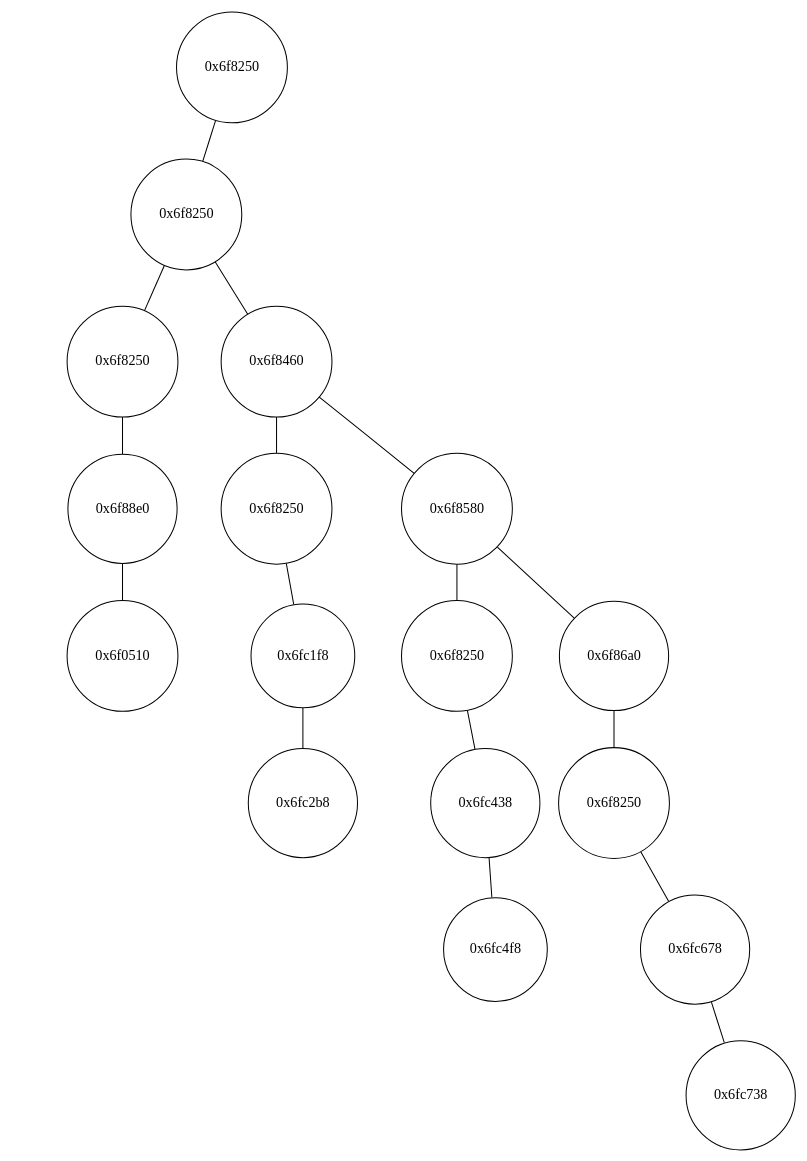
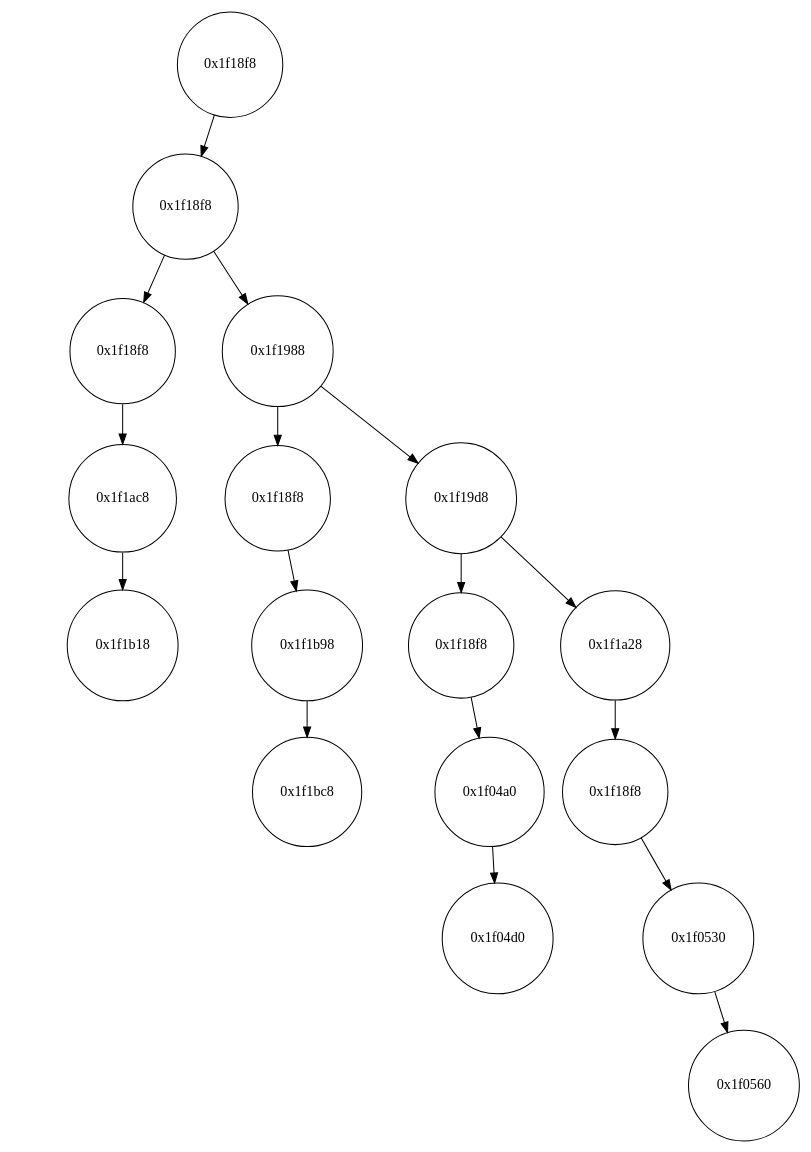
One commit to Time-Coder/Data_Structure changed the diagram in Tree/Tree/Figures/bintree.dot. Above: the diagram before and after it, drawn with Graphviz. The commit also changed 70 other files, not shown here.

```diff
--- a/Tree/Tree/Figures/bintree.dot
+++ b/Tree/Tree/Figures/bintree.dot
@@ -1,59 +1,57 @@
-graph BinTree
+digraph BinTree
 {
-	graph[ordering="out"];
+	0->1;
+	0->NULL2[style="invis"];
+	1->3;
+	1->4;
+	4->5;
+	4->6;
+	6->7;
+	6->8;
+	8->9;
+	8->NULL10[style="invis"];
+	9->NULL11[style="invis"];
+	9->12;
+	12->NULL13[style="invis"];
+	12->14;
+	7->NULL15[style="invis"];
+	7->16;
+	16->NULL17[style="invis"];
+	16->18;
+	5->NULL19[style="invis"];
+	5->20;
+	20->NULL21[style="invis"];
+	20->22;
+	3->NULL23[style="invis"];
+	3->24;
+	24->NULL25[style="invis"];
+	24->26;
 
-	0--1;
-	0--NULL2[style="invis"];
-	1--3;
-	1--4;
-	4--5;
-	4--6;
-	6--7;
-	6--8;
-	8--9;
-	8--NULL10[style="invis"];
-	9--NULL11[style="invis"];
-	9--12;
-	12--NULL13[style="invis"];
-	12--14;
-	7--NULL15[style="invis"];
-	7--16;
-	16--NULL17[style="invis"];
-	16--18;
-	5--NULL19[style="invis"];
-	5--20;
-	20--NULL21[style="invis"];
-	20--22;
-	3--NULL23[style="invis"];
-	3--24;
-	24--NULL25[style="invis"];
-	24--26;
-
-	26[shape="circle",label="0x6f0510"];
+	26[shape="circle",label="0x1f1b18"];
 	NULL25[shape="circle",label="A",style="invis"];
-	24[shape="circle",label="0x6f88e0"];
+	24[shape="circle",label="0x1f1ac8"];
 	NULL23[shape="circle",label="A",style="invis"];
-	22[shape="circle",label="0x6fc2b8"];
+	22[shape="circle",label="0x1f1bc8"];
 	NULL21[shape="circle",label="A",style="invis"];
-	20[shape="circle",label="0x6fc1f8"];
+	20[shape="circle",label="0x1f1b98"];
 	NULL19[shape="circle",label="A",style="invis"];
-	18[shape="circle",label="0x6fc4f8"];
+	18[shape="circle",label="0x1f04d0"];
 	NULL17[shape="circle",label="A",style="invis"];
-	16[shape="circle",label="0x6fc438"];
+	16[shape="circle",label="0x1f04a0"];
 	NULL15[shape="circle",label="A",style="invis"];
-	14[shape="circle",label="0x6fc738"];
+	14[shape="circle",label="0x1f0560"];
 	NULL13[shape="circle",label="A",style="invis"];
-	12[shape="circle",label="0x6fc678"];
+	12[shape="circle",label="0x1f0530"];
 	NULL11[shape="circle",label="A",style="invis"];
 	NULL10[shape="circle",label="A",style="invis"];
-	9[shape="circle",label="0x6f8250"];
-	8[shape="circle",label="0x6f86a0"];
-	7[shape="circle",label="0x6f8250"];
-	6[shape="circle",label="0x6f8580"];
-	5[shape="circle",label="0x6f8250"];
-	4[shape="circle",label="0x6f8460"];
-	3[shape="circle",label="0x6f8250"];
+	9[shape="circle",label="0x1f18f8"];
+	8[shape="circle",label="0x1f1a28"];
+	7[shape="circle",label="0x1f18f8"];
+	6[shape="circle",label="0x1f19d8"];
+	5[shape="circle",label="0x1f18f8"];
+	4[shape="circle",label="0x1f1988"];
+	3[shape="circle",label="0x1f18f8"];
 	NULL2[shape="circle",label="A",style="invis"];
-	1[shape="circle",label="0x6f8250"];
-	0[shape="circle",label="0x6f8250"];
+	1[shape="circle",label="0x1f18f8"];
+	0[shape="circle",label="0x1f18f8"];
 }
```
